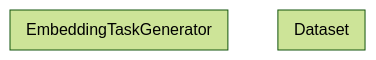
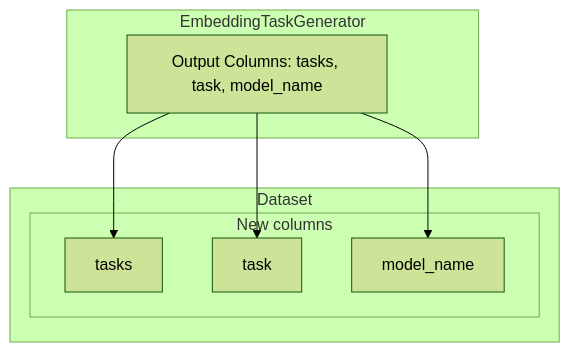
Before and after one commit to argilla-io/distilabel: the diagram in pr-883/components-gallery/tasks/embeddingtaskgenerator.md, drawn with Mermaid (forest theme). The commit also changed other lines of this file and 15 other files, not shown here.

````diff
--- a/pr-883/components-gallery/tasks/embeddingtaskgenerator.md
+++ b/pr-883/components-gallery/tasks/embeddingtaskgenerator.md
@@ -37,10 +37,19 @@
 ``` mermaid
 graph TD
 	subgraph Dataset
+		subgraph New columns
+			OCOL0[tasks]
+			OCOL1[task]
+			OCOL2[model_name]
+		end
 	end
 
 	subgraph EmbeddingTaskGenerator
+		StepOutput[Output Columns: tasks, task, model_name]
 	end
 
+	StepOutput --> OCOL0
+	StepOutput --> OCOL1
+	StepOutput --> OCOL2
 
 ```
````
